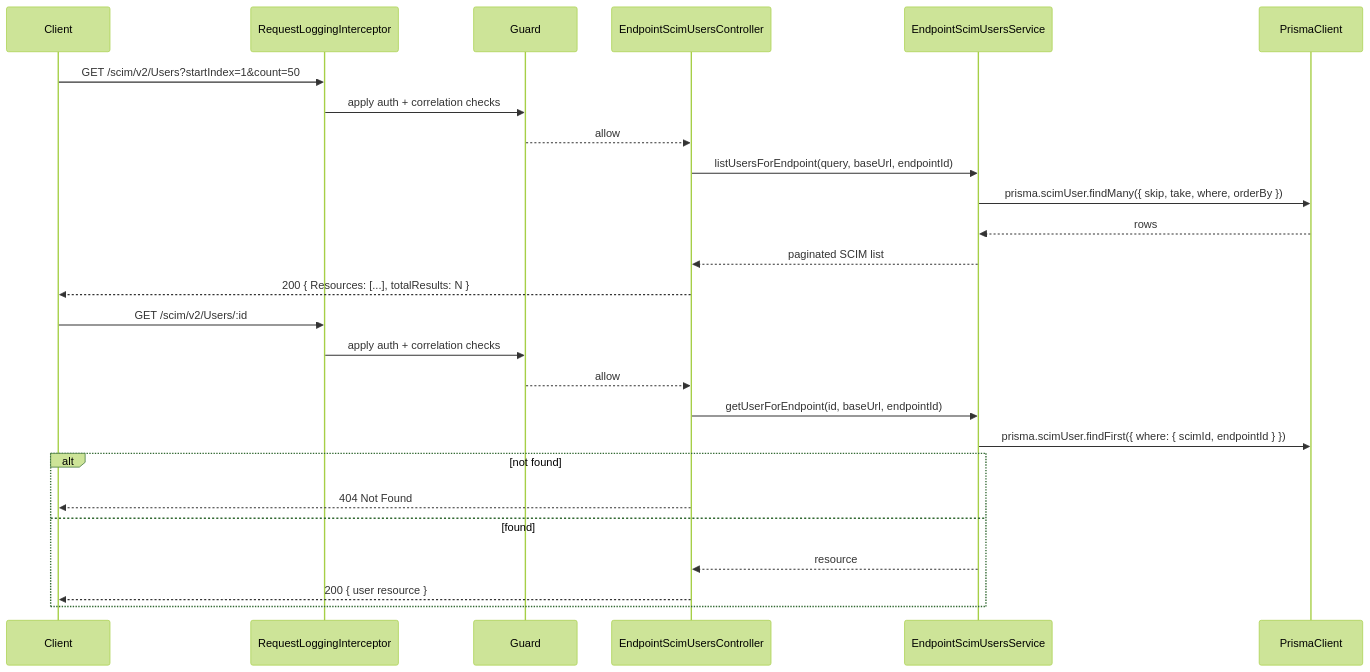
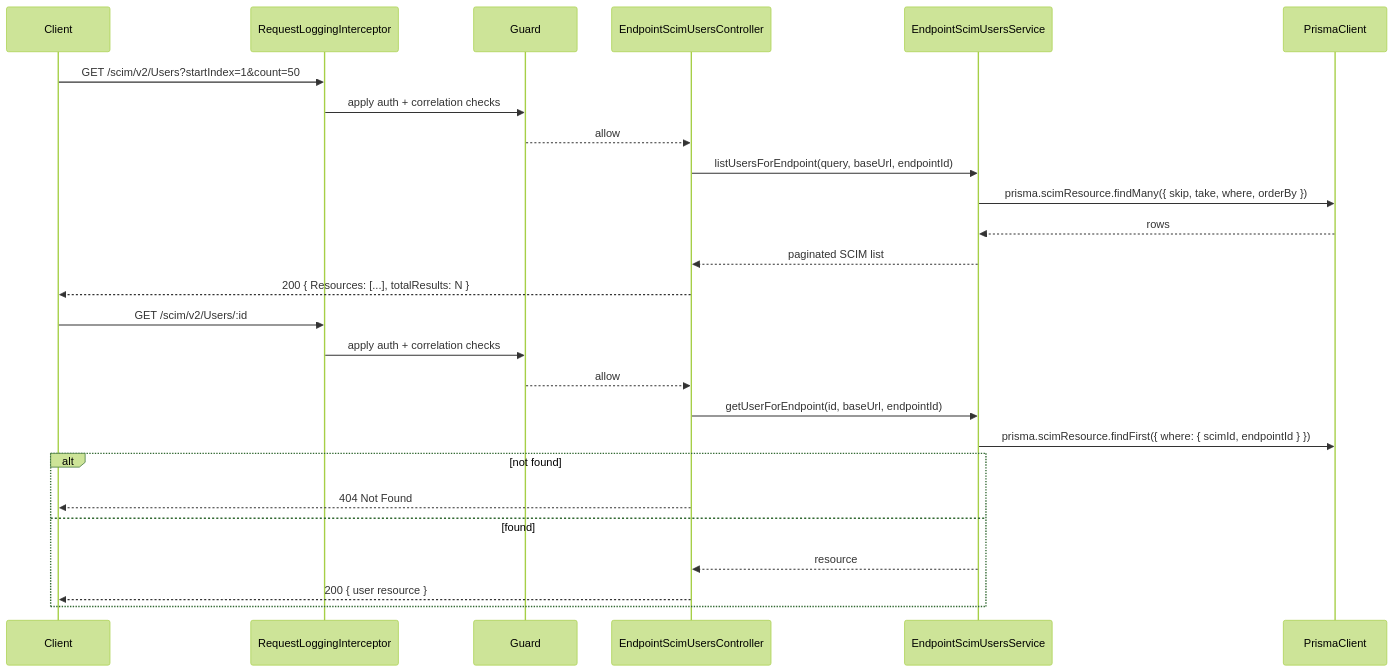
The second of 2 diagrams in docs/USER_API_CALL_TRACE.md (pranems/SCIMServer), drawn with Mermaid (forest theme) before and after one commit. The commit also changed other lines of this file and 8 other files, not shown here.

````diff
--- a/docs/USER_API_CALL_TRACE.md
+++ b/docs/USER_API_CALL_TRACE.md
@@ -188,30 +197,30 @@
 ```mermaid
 sequenceDiagram
   participant Client
   participant ReqLog as RequestLoggingInterceptor
   participant Guard
   participant Controller as EndpointScimUsersController
   participant Service as EndpointScimUsersService
   participant PrismaClient
 
   Client->>ReqLog: GET /scim/v2/Users?startIndex=1&count=50
   ReqLog->>Guard: apply auth + correlation checks
   Guard-->>Controller: allow
   Controller->>Service: listUsersForEndpoint(query, baseUrl, endpointId)
-  Service->>PrismaClient: prisma.scimUser.findMany({ skip, take, where, orderBy })
+  Service->>PrismaClient: prisma.scimResource.findMany({ skip, take, where, orderBy })
   PrismaClient-->>Service: rows
   Service-->>Controller: paginated SCIM list
   Controller-->>Client: 200 { Resources: [...], totalResults: N }
 
   Client->>ReqLog: GET /scim/v2/Users/:id
   ReqLog->>Guard: apply auth + correlation checks
   Guard-->>Controller: allow
   Controller->>Service: getUserForEndpoint(id, baseUrl, endpointId)
-  Service->>PrismaClient: prisma.scimUser.findFirst({ where: { scimId, endpointId } })
+  Service->>PrismaClient: prisma.scimResource.findFirst({ where: { scimId, endpointId } })
   alt not found
     Controller-->>Client: 404 Not Found
   else found
     Service-->>Controller: resource
     Controller-->>Client: 200 { user resource }
   end
 ```
````
